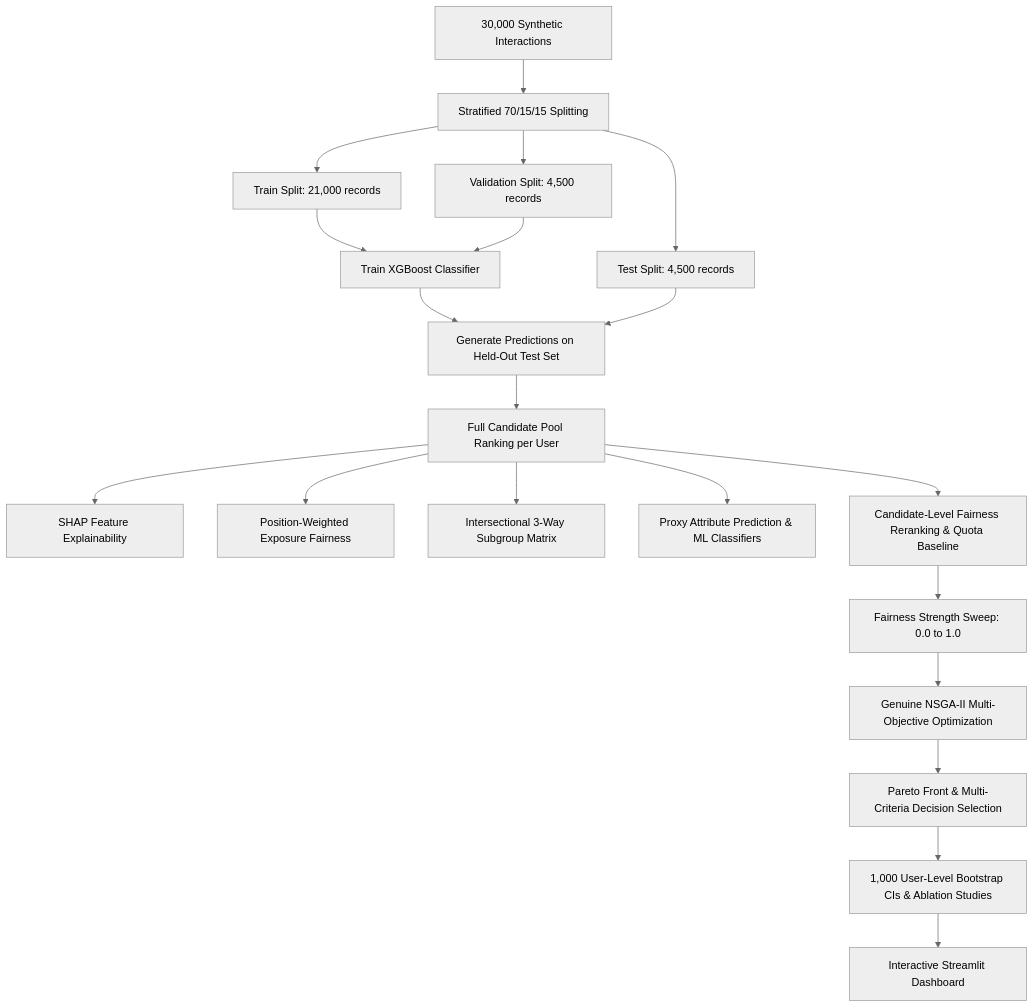
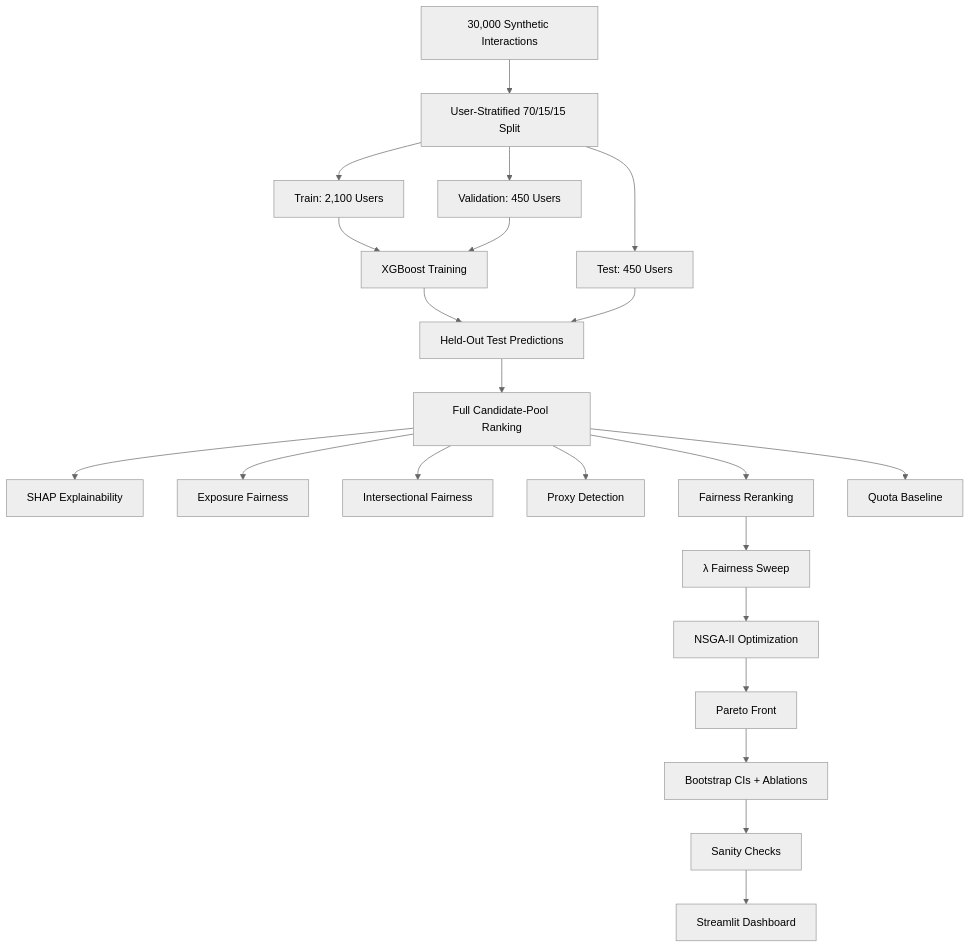
The diagram in README.md (nikhil8424/LInkdin-v2), drawn with Mermaid (neutral theme) before and after one commit. The commit also changed other lines of this file, not shown here.

````diff
--- a/README.md
+++ b/README.md
@@ -15,22 +15,27 @@
 ```mermaid
 graph TD
-    A[30,000 Synthetic Interactions] --> B[Stratified 70/15/15 Splitting]
-    B --> C[Train Split: 21,000 records]
-    B --> D[Validation Split: 4,500 records]
-    B --> E[Test Split: 4,500 records]
-    C --> F[Train XGBoost Classifier]
+    A[30,000 Synthetic Interactions] --> B[User-Stratified 70/15/15 Split]
+    B --> C[Train: 2,100 Users]
+    B --> D[Validation: 450 Users]
+    B --> E[Test: 450 Users]
+
+    C --> F[XGBoost Training]
     D --> F
-    F --> G[Generate Predictions on Held-Out Test Set]
+    F --> G[Held-Out Test Predictions]
     E --> G
-    G --> H[Full Candidate Pool Ranking per User]
-    H --> I[SHAP Feature Explainability]
-    H --> J[Position-Weighted Exposure Fairness]
-    H --> K[Intersectional 3-Way Subgroup Matrix]
-    H --> L[Proxy Attribute Prediction & ML Classifiers]
-    H --> M[Candidate-Level Fairness Reranking & Quota Baseline]
-    M --> N[Fairness Strength Sweep: 0.0 to 1.0]
-    N --> O[Genuine NSGA-II Multi-Objective Optimization]
-    O --> P[Pareto Front & Multi-Criteria Decision Selection]
-    P --> Q[1,000 User-Level Bootstrap CIs & Ablation Studies]
-    Q --> R[Interactive Streamlit Dashboard]
+
+    G --> H[Full Candidate-Pool Ranking]
+    H --> I[SHAP Explainability]
+    H --> J[Exposure Fairness]
+    H --> K[Intersectional Fairness]
+    H --> L[Proxy Detection]
+    H --> M[Fairness Reranking]
+    H --> N[Quota Baseline]
+
+    M --> O[λ Fairness Sweep]
+    O --> P[NSGA-II Optimization]
+    P --> Q[Pareto Front]
+    Q --> R[Bootstrap CIs + Ablations]
+    R --> S[Sanity Checks]
+    S --> T[Streamlit Dashboard]
 ```
````
